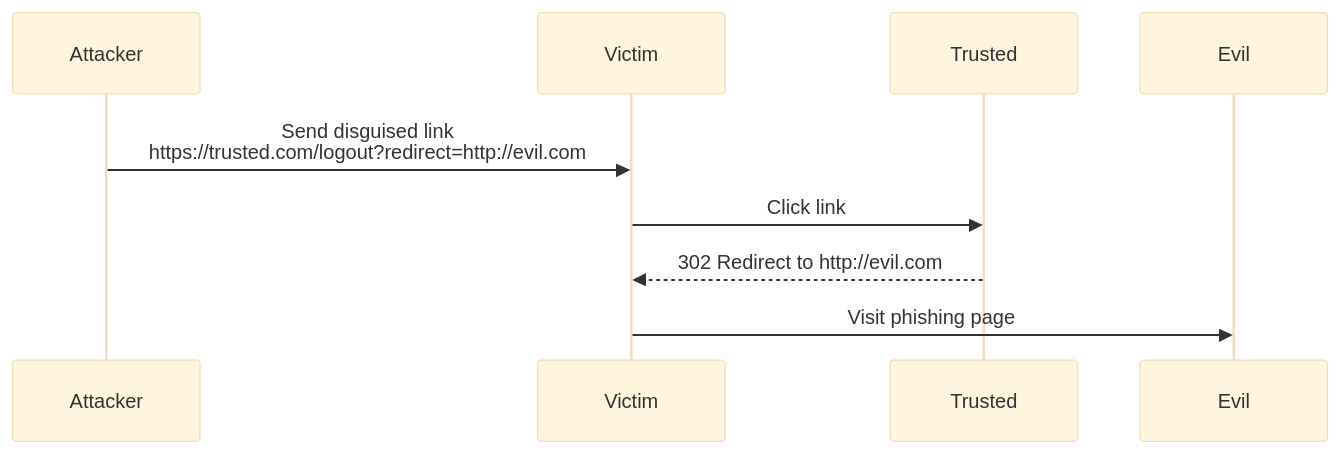
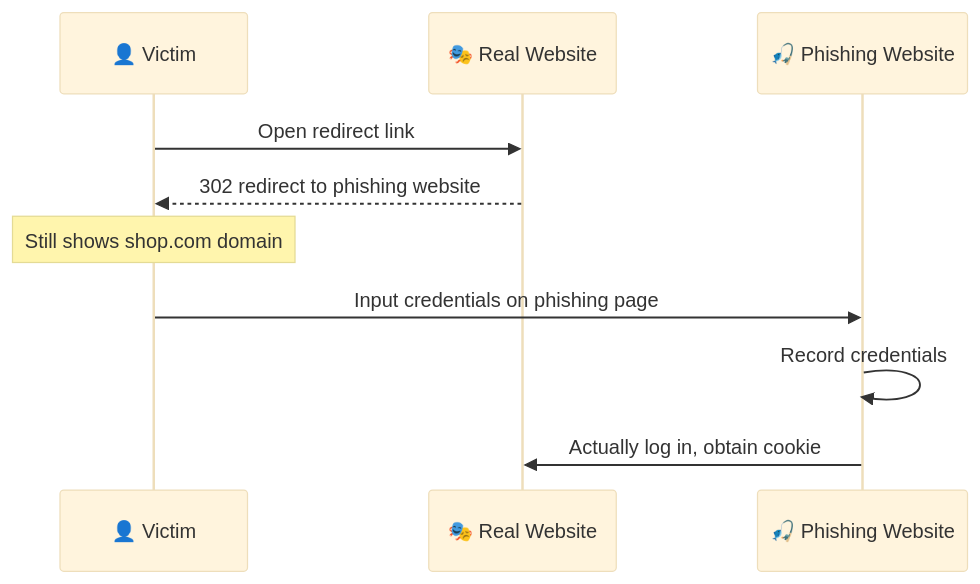
The seventh of 14 diagrams in articles/en/nodejs-security-guide.mdx (zhangshichuan/maxzhang.site), drawn with Mermaid (base theme) before and after one commit. The commit also changed other lines of this file and 1 other file, not shown here.

````diff
--- a/articles/en/nodejs-security-guide.mdx
+++ b/articles/en/nodejs-security-guide.mdx
@@ -210,7 +774,13 @@
 ```mermaid
 sequenceDiagram
-    Attacker->>Victim: Send disguised link<br>https://trusted.com/logout?redirect=http://evil.com
-    Victim->>Trusted: Click link
-    Trusted-->>Victim: 302 Redirect to http://evil.com
-    Victim->>Evil: Visit phishing page
+    participant Victim as 👤 Victim
+    participant Real as 🎭 Real Website
+    participant Phishing as 🎣 Phishing Website
+
+    Victim->>Real: Open redirect link
+    Real-->>Victim: 302 redirect to phishing website
+    Note over Victim: Still shows shop.com domain
+    Victim->>Phishing: Input credentials on phishing page
+    Phishing->>Phishing: Record credentials
+    Phishing->>Real: Actually log in, obtain cookie
 ```
````
